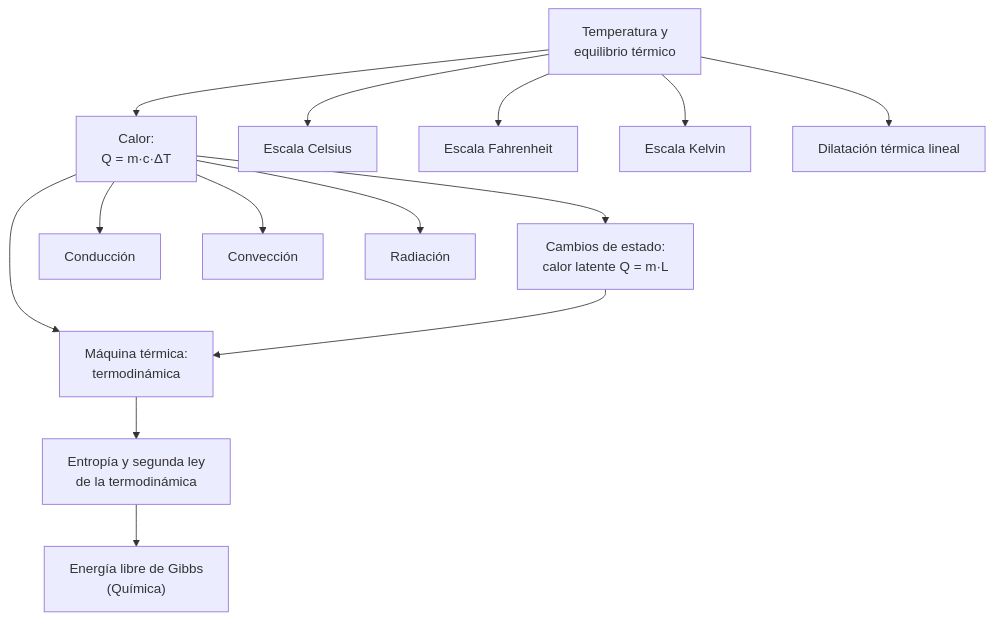
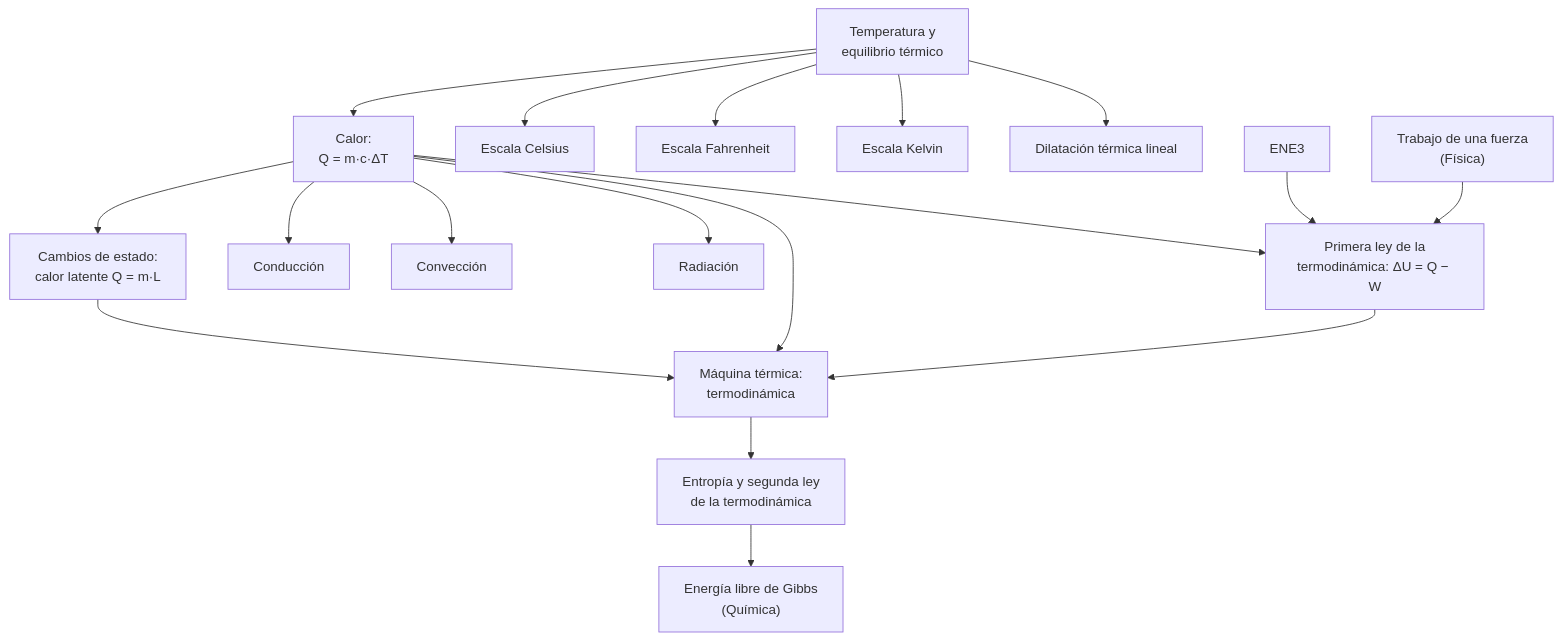
Before and after one commit to BOTC3PO/Proyecto_final: diagram 19 of 53 in content/troncos.md, drawn with Mermaid. The commit also changed other lines of this file and 2 other files, not shown here.

Commit message:
Troncos: 9 temas nuevos de Física y Química (nodos, lista plana, changelog v3.1)

````diff
--- a/content/troncos.md
+++ b/content/troncos.md
@@ -2614,16 +2639,20 @@
 ```mermaid
 graph TD
   TER1["Temperatura y<br/>equilibrio térmico"] --> TER2["Calor:<br/>Q = m·c·ΔT"]
   TER1 --> TER3a["Escala Celsius"]
   TER1 --> TER3b["Escala Fahrenheit"]
   TER1 --> TER3c["Escala Kelvin"]
   TER2 --> TER4["Cambios de estado:<br/>calor latente Q = m·L"]
   TER1 --> TER5["Dilatación térmica lineal"]
   TER2 --> TER6a["Conducción"]
   TER2 --> TER6b["Convección"]
   TER2 --> TER6c["Radiación"]
   TER2 --> F8["Máquina térmica:<br/>termodinámica"]
+  TER2 --> TER8["Primera ley de la<br/>termodinámica: ΔU = Q − W"]
+  ENE3 --> TER8
+  F7P2["Trabajo de una fuerza<br/>(Física)"] --> TER8
+  TER8 --> F8
   TER4 --> F8
   F8 --> TER7["Entropía y segunda ley<br/>de la termodinámica"]
   TER7 --> QGIBBSP["Energía libre de Gibbs<br/>(Química)"]
 ```
````
